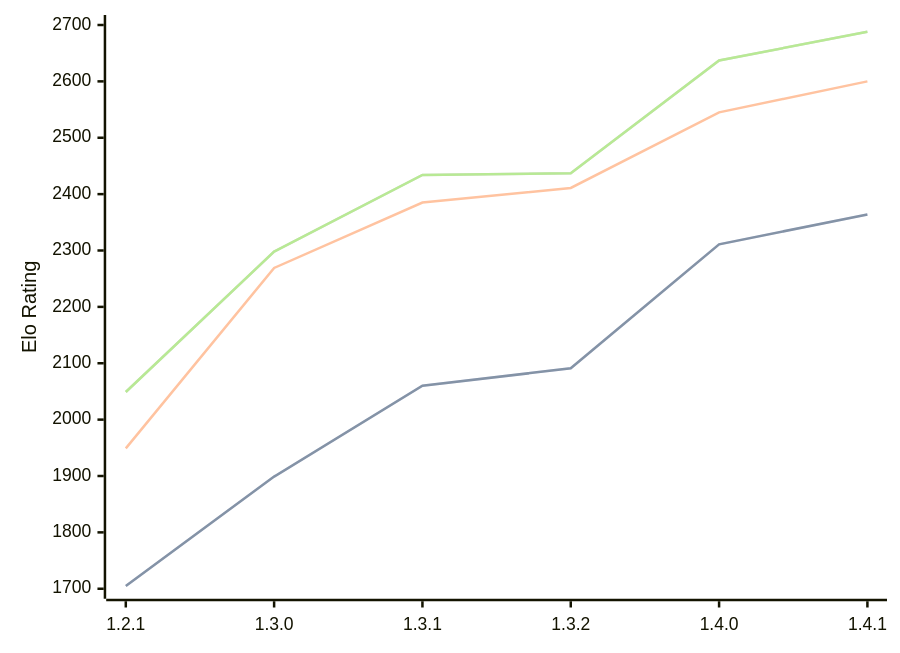
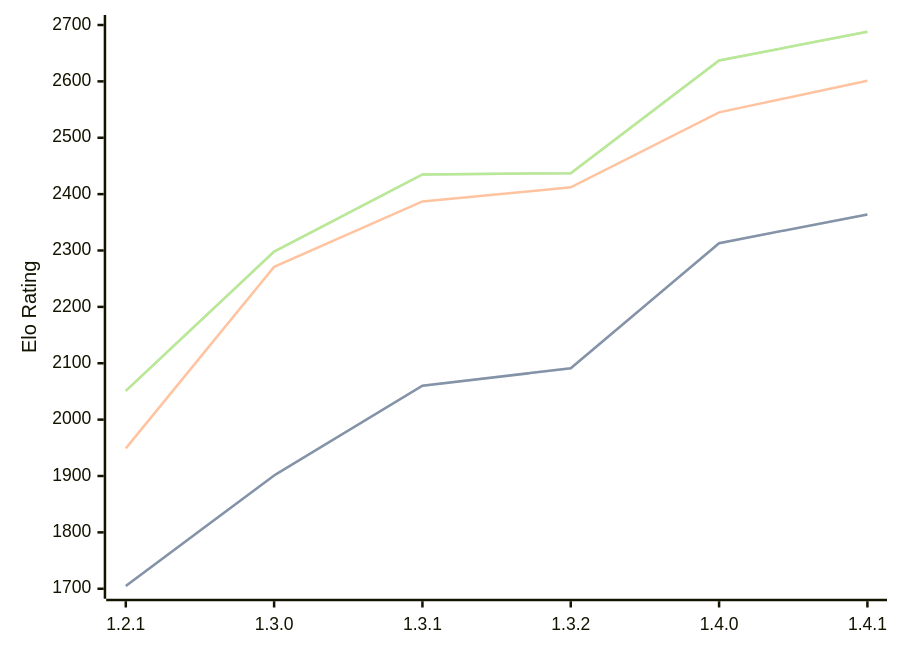
The diagram in engines/Chal.md (computer-chess-index/cci), drawn with Mermaid before and after one commit. The commit also changed other lines of this file, not shown here.

Commit message:
Update CCI Ratings (ELO VLTC) - 2026-05-15

````diff
--- a/engines/Chal.md
+++ b/engines/Chal.md
@@ -39,11 +39,11 @@
 ```mermaid
 %%{init: {"theme":"base","themeVariables":{"seriesColors:['#a3a3a3','#222221','#faa371']}}}%%
 xychart-beta
   x-axis ["1.2.1", "1.3.0", "1.3.1", "1.3.2", "1.4.0", "1.4.1"]
   y-axis "Elo Rating" 1700 --> 2700
-  line "STC (8.0+0.08s)" [1705, 1899, 2060, 2091, 2311, 2364]
-  line "STC (8.0+0.08s)" [1705, 1899, 2060, 2091, 2311, 2364]
-  line "LTC (60.0+0.60s)" [1949, 2269, 2385, 2411, 2545, 2600]
-  line "VLTC (2m24s+1.12s)" [2049, 2298, 2434, 2437, 2637, 2688]
-  line "VLTC (2m24s+1.12s)" [2049, 2298, 2434, 2437, 2637, 2688]
+  line "STC (8.0+0.08s)" [1705, 1901, 2060, 2091, 2313, 2364]
+  line "STC (8.0+0.08s)" [1705, 1901, 2060, 2091, 2313, 2364]
+  line "LTC (60.0+0.60s)" [1949, 2271, 2387, 2412, 2545, 2601]
+  line "VLTC (2m24s+1.12s)" [2051, 2298, 2435, 2437, 2637, 2688]
+  line "VLTC (2m24s+1.12s)" [2051, 2298, 2435, 2437, 2637, 2688]
 ```
````
